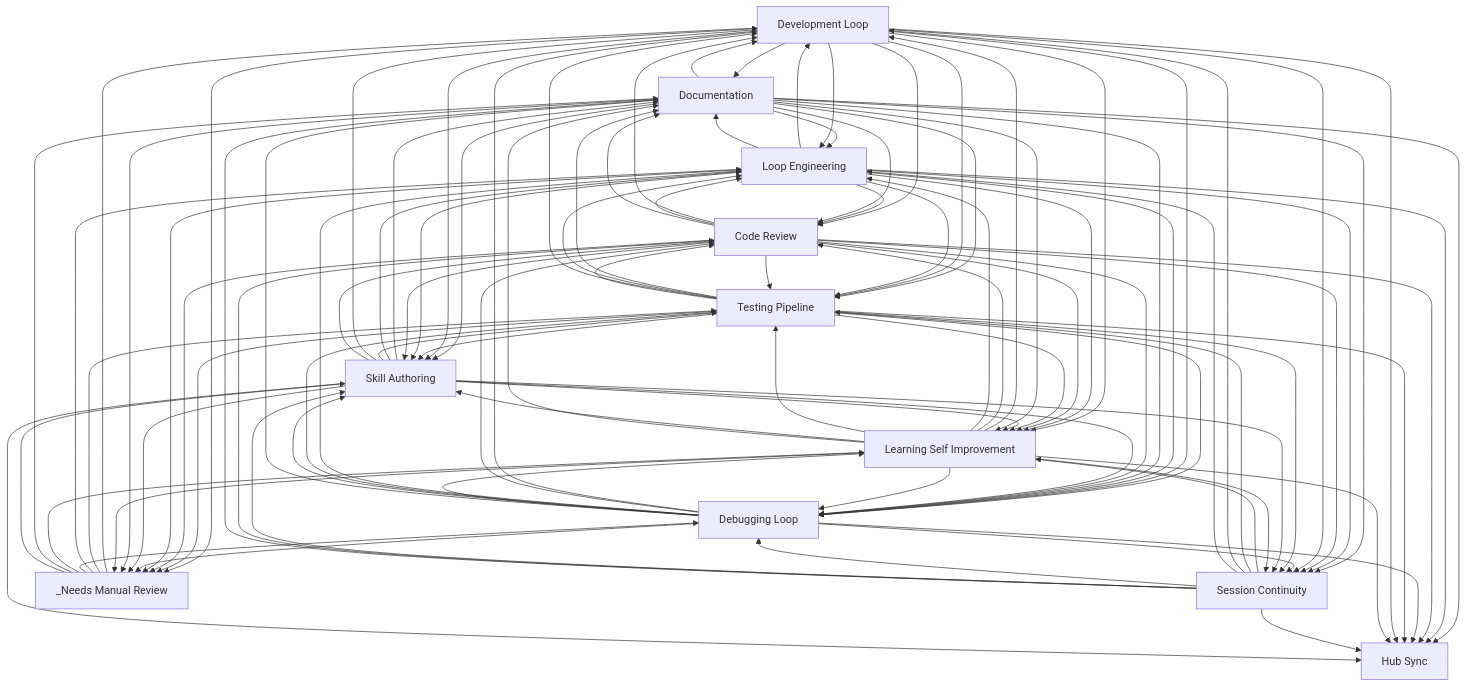
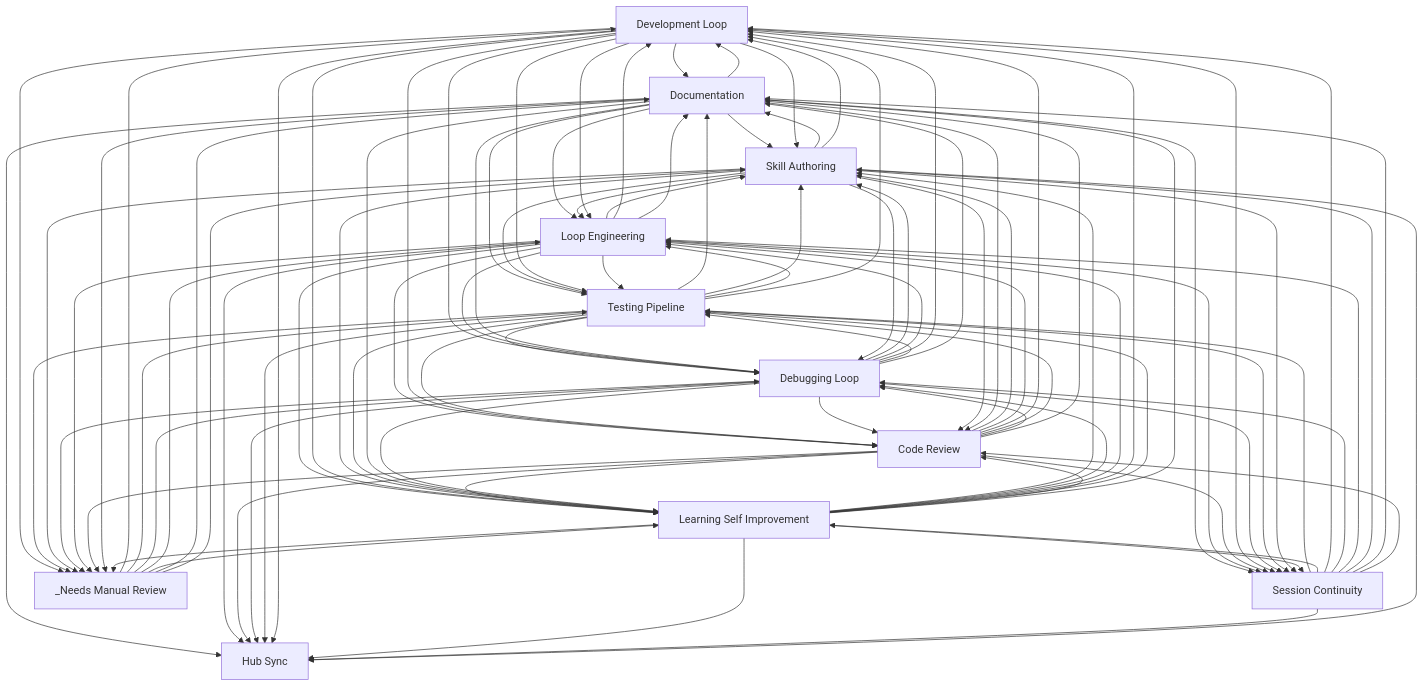
One commit to abhayla/claude-best-practices changed the diagram in docs/workflows/INDEX.md. Above: the diagram before and after it, drawn with Mermaid. The commit also changed other lines of this file and 14 other files, not shown here.

````diff
--- a/docs/workflows/INDEX.md
+++ b/docs/workflows/INDEX.md
@@ -33,67 +33,67 @@
     documentation[Documentation]
     hub_sync[Hub Sync]
     _needs_manual_review[_Needs Manual Review]
+    skill_authoring --> documentation
     development_loop --> documentation
     testing_pipeline --> documentation
-    skill_authoring --> documentation
+    documentation --> skill_authoring
     documentation --> loop_engineering
-    documentation --> skill_authoring
     documentation --> testing_pipeline
-    development_loop --> loop_engineering
-    development_loop --> skill_authoring
-    development_loop --> testing_pipeline
-    testing_pipeline --> loop_engineering
-    testing_pipeline --> skill_authoring
     skill_authoring --> loop_engineering
     skill_authoring --> testing_pipeline
+    development_loop --> skill_authoring
+    development_loop --> loop_engineering
+    development_loop --> testing_pipeline
+    testing_pipeline --> skill_authoring
+    testing_pipeline --> loop_engineering
+    loop_engineering --> skill_authoring
+    loop_engineering --> development_loop
+    loop_engineering --> testing_pipeline
+    loop_engineering --> code_review
     development_loop --> code_review
-    loop_engineering --> development_loop
-    loop_engineering --> code_review
-    loop_engineering --> testing_pipeline
-    loop_engineering --> skill_authoring
+    code_review --> skill_authoring
+    code_review --> loop_engineering
     code_review --> development_loop
-    code_review --> loop_engineering
     code_review --> testing_pipeline
-    code_review --> skill_authoring
+    loop_engineering --> learning_self_improvement
     development_loop --> learning_self_improvement
-    loop_engineering --> learning_self_improvement
     code_review --> learning_self_improvement
-    testing_pipeline --> development_loop
     _needs_manual_review --> development_loop
     _needs_manual_review --> testing_pipeline
+    testing_pipeline --> development_loop
+    _needs_manual_review --> debugging_loop
+    _needs_manual_review --> loop_engineering
     testing_pipeline --> debugging_loop
-    _needs_manual_review --> loop_engineering
-    _needs_manual_review --> debugging_loop
     testing_pipeline --> code_review
+    debugging_loop --> skill_authoring
+    debugging_loop --> loop_engineering
     debugging_loop --> development_loop
+    debugging_loop --> testing_pipeline
     debugging_loop --> code_review
-    debugging_loop --> loop_engineering
-    debugging_loop --> testing_pipeline
-    debugging_loop --> skill_authoring
     development_loop --> debugging_loop
     documentation --> development_loop
     loop_engineering --> debugging_loop
     loop_engineering --> documentation
     skill_authoring --> development_loop
     skill_authoring --> code_review
+    skill_authoring --> learning_self_improvement
     testing_pipeline --> learning_self_improvement
-    skill_authoring --> learning_self_improvement
     development_loop --> _needs_manual_review
     testing_pipeline --> _needs_manual_review
+    documentation --> debugging_loop
     documentation --> code_review
-    documentation --> debugging_loop
     code_review --> debugging_loop
+    documentation --> hub_sync
     documentation --> session_continuity
-    documentation --> hub_sync
     documentation --> learning_self_improvement
+    loop_engineering --> hub_sync
     loop_engineering --> session_continuity
-    loop_engineering --> hub_sync
-    code_review --> session_continuity
     code_review --> documentation
     code_review --> hub_sync
+    code_review --> session_continuity
+    session_continuity --> testing_pipeline
+    session_continuity --> learning_self_improvement
     development_loop --> session_continuity
-    session_continuity --> learning_self_improvement
-    session_continuity --> testing_pipeline
     _needs_manual_review --> learning_self_improvement
     debugging_loop --> session_continuity
     debugging_loop --> learning_self_improvement
@@ -102,21 +102,21 @@
     debugging_loop --> hub_sync
     testing_pipeline --> hub_sync
     development_loop --> hub_sync
+    skill_authoring --> session_continuity
     session_continuity --> development_loop
-    skill_authoring --> session_continuity
+    skill_authoring --> debugging_loop
+    session_continuity --> debugging_loop
     session_continuity --> loop_engineering
-    session_continuity --> debugging_loop
-    skill_authoring --> debugging_loop
+    learning_self_improvement --> skill_authoring
+    learning_self_improvement --> debugging_loop
+    learning_self_improvement --> loop_engineering
     learning_self_improvement --> development_loop
+    learning_self_improvement --> testing_pipeline
     learning_self_improvement --> code_review
-    learning_self_improvement --> loop_engineering
-    learning_self_improvement --> testing_pipeline
-    learning_self_improvement --> debugging_loop
-    learning_self_improvement --> skill_authoring
+    skill_authoring --> _needs_manual_review
+    debugging_loop --> _needs_manual_review
+    loop_engineering --> _needs_manual_review
     code_review --> _needs_manual_review
-    loop_engineering --> _needs_manual_review
-    debugging_loop --> _needs_manual_review
-    skill_authoring --> _needs_manual_review
     _needs_manual_review --> documentation
     _needs_manual_review --> skill_authoring
     learning_self_improvement --> session_continuity
@@ -124,9 +124,9 @@
     session_continuity --> skill_authoring
     learning_self_improvement --> documentation
     learning_self_improvement --> hub_sync
-    session_continuity --> code_review
     session_continuity --> documentation
     session_continuity --> hub_sync
+    session_continuity --> code_review
     skill_authoring --> hub_sync
     learning_self_improvement --> _needs_manual_review
 ```
````
